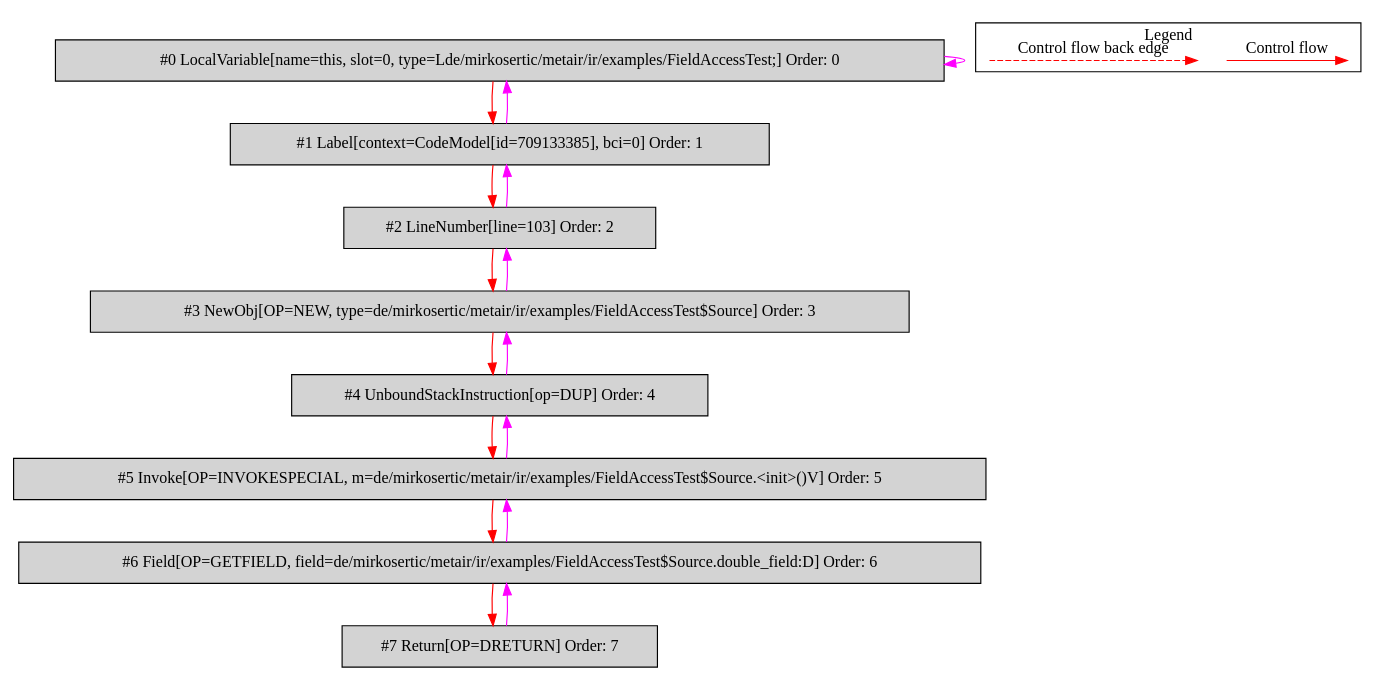
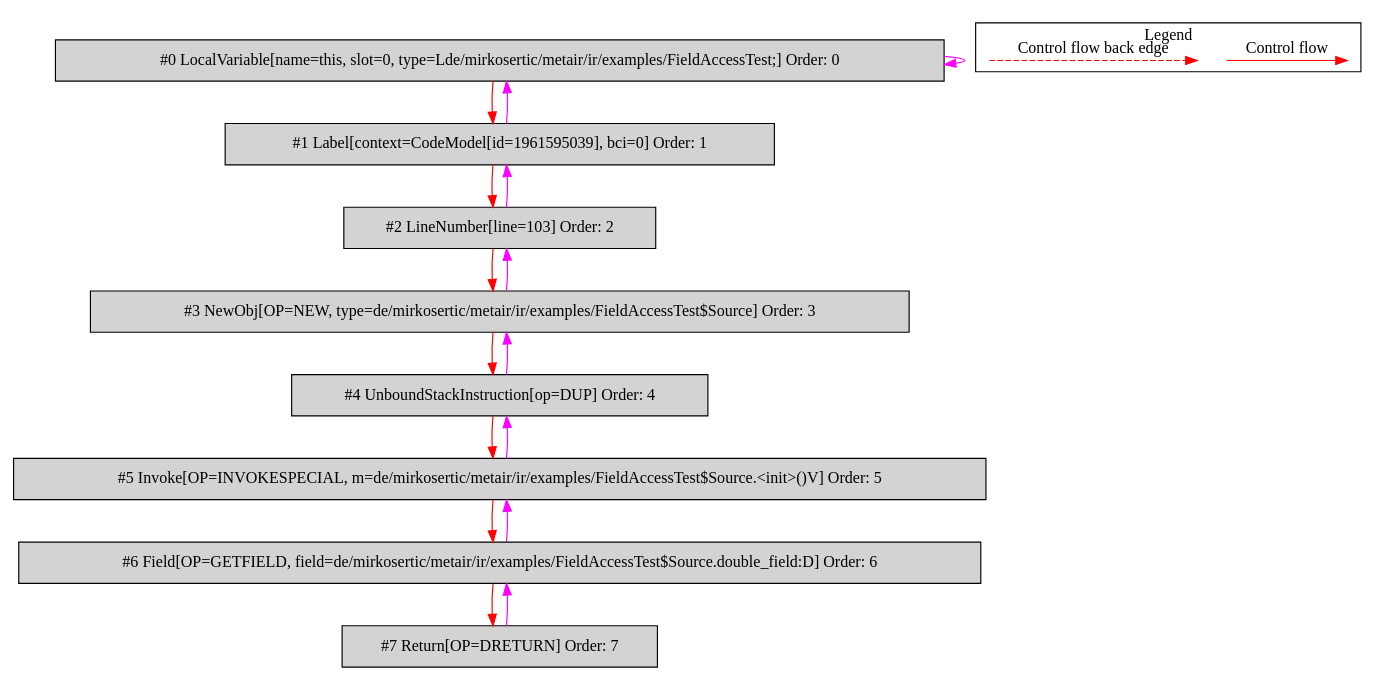
One commit to mirkosertic/MetaIR changed the diagram in de.mirkosertic.metair.ir.examples.FieldAccessTest/return_double/bytecodecfg.dot. Above: the diagram before and after it, drawn with Graphviz. The commit also changed 1233 other files, not shown here.

```diff
--- a/de.mirkosertic.metair.ir.examples.FieldAccessTest/return_double/bytecodecfg.dot
+++ b/de.mirkosertic.metair.ir.examples.FieldAccessTest/return_double/bytecodecfg.dot
@@ -1,40 +1,40 @@
 digraph {
  ordering="in";
  node0[label="#0 LocalVariable[name=this, slot=0, type=Lde/mirkosertic/metair/ir/examples/FieldAccessTest;] Order: 0", shape=box, fillcolor=lightgrey, style=filled];
- node1[label="#1 Label[context=CodeModel[id=709133385], bci=0] Order: 1", shape=box, fillcolor=lightgrey, style=filled];
+ node1[label="#1 Label[context=CodeModel[id=1961595039], bci=0] Order: 1", shape=box, fillcolor=lightgrey, style=filled];
  node2[label="#2 LineNumber[line=103] Order: 2", shape=box, fillcolor=lightgrey, style=filled];
  node3[label="#3 NewObj[OP=NEW, type=de/mirkosertic/metair/ir/examples/FieldAccessTest$Source] Order: 3", shape=box, fillcolor=lightgrey, style=filled];
  node4[label="#4 UnboundStackInstruction[op=DUP] Order: 4", shape=box, fillcolor=lightgrey, style=filled];
  node5[label="#5 Invoke[OP=INVOKESPECIAL, m=de/mirkosertic/metair/ir/examples/FieldAccessTest$Source.<init>()V] Order: 5", shape=box, fillcolor=lightgrey, style=filled];
  node6[label="#6 Field[OP=GETFIELD, field=de/mirkosertic/metair/ir/examples/FieldAccessTest$Source.double_field:D] Order: 6", shape=box, fillcolor=lightgrey, style=filled];
  node7[label="#7 Return[OP=DRETURN] Order: 7", shape=box, fillcolor=lightgrey, style=filled];
  node0 -> node0[color=fuchsia];
  node0 -> node1[color=red];
  node1 -> node0[color=fuchsia];
  node1 -> node2[color=red];
  node2 -> node1[color=fuchsia];
  node2 -> node3[color=red];
  node3 -> node2[color=fuchsia];
  node3 -> node4[color=red];
  node4 -> node3[color=fuchsia];
  node4 -> node5[color=red];
  node5 -> node4[color=fuchsia];
  node5 -> node6[color=red];
  node6 -> node5[color=fuchsia];
  node6 -> node7[color=red];
  node7 -> node6[color=fuchsia];
  subgraph cluster_000 {
   label = "Legend";
   node [shape=point]
   {
    rank=same;
    c0 [style = invis];
    c1 [style = invis];
    c2 [style = invis];
    c3 [style = invis];
   }
   c0 -> c1 [label="Control flow", style=solid, color=red]
   c2 -> c3 [label="Control flow back edge", style=dashed, color=red]
  }
 
 }
```
